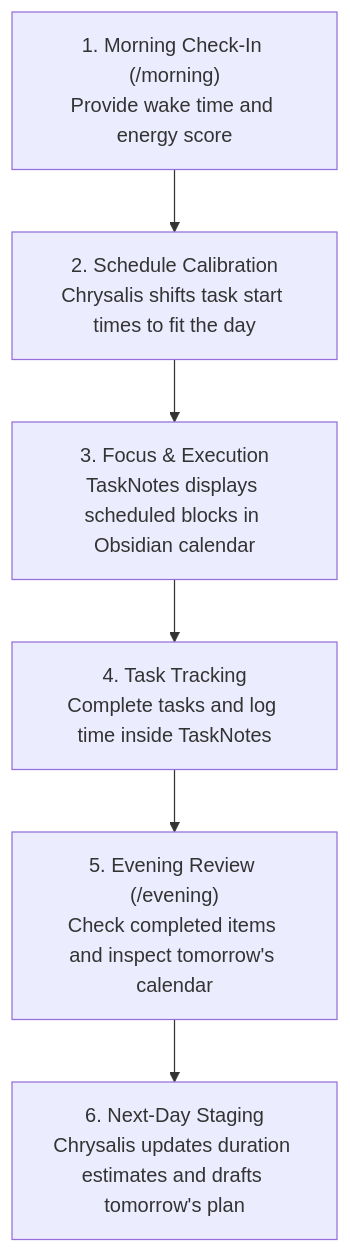
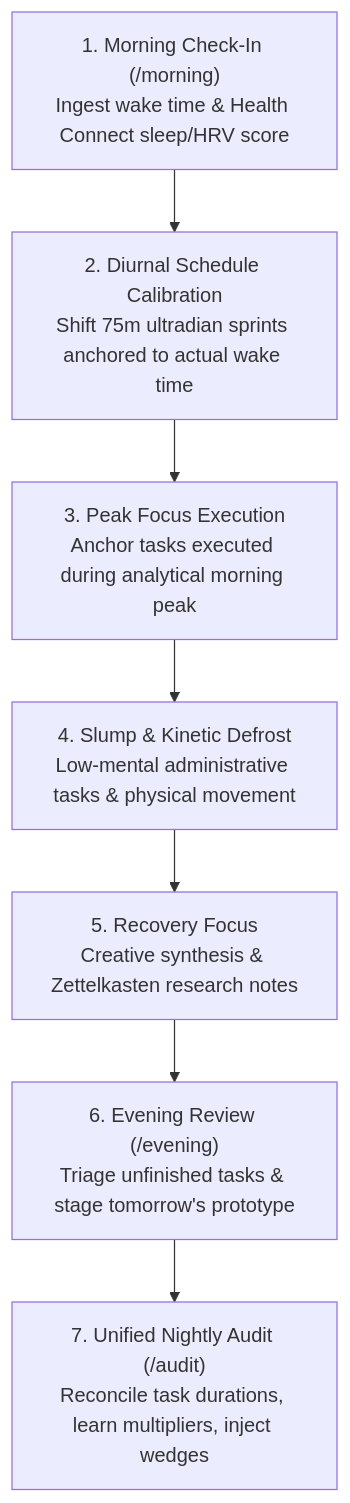
One commit to tama-gucci/chrysalis changed the second of 2 diagrams in README.md. Above: the diagram before and after it, drawn with Mermaid. The commit also changed other lines of this file and 232 other files, not shown here.

````diff
--- a/README.md
+++ b/README.md
@@ -65,8 +150,9 @@
 ```mermaid
 flowchart TD
-    A["1. Morning Check-In (/morning)<br/>Provide wake time and energy score"] --> B["2. Schedule Calibration<br/>Chrysalis shifts task start times to fit the day"]
-    B --> C["3. Focus & Execution<br/>TaskNotes displays scheduled blocks in Obsidian calendar"]
-    C --> D["4. Task Tracking<br/>Complete tasks and log time inside TaskNotes"]
-    D --> E["5. Evening Review (/evening)<br/>Check completed items and inspect tomorrow's calendar"]
-    E --> F["6. Next-Day Staging<br/>Chrysalis updates duration estimates and drafts tomorrow's plan"]
+    A["1. Morning Check-In (/morning)<br/>Ingest wake time & Health Connect sleep/HRV score"] --> B["2. Diurnal Schedule Calibration<br/>Shift 75m ultradian sprints anchored to actual wake time"]
+    B --> C["3. Peak Focus Execution<br/>Anchor tasks executed during analytical morning peak"]
+    C --> D["4. Slump & Kinetic Defrost<br/>Low-mental administrative tasks & physical movement"]
+    D --> E["5. Recovery Focus<br/>Creative synthesis & Zettelkasten research notes"]
+    E --> F["6. Evening Review (/evening)<br/>Triage unfinished tasks & stage tomorrow's prototype"]
+    F --> G["7. Unified Nightly Audit (/audit)<br/>Reconcile task durations, learn multipliers, inject wedges"]
 ```
````
